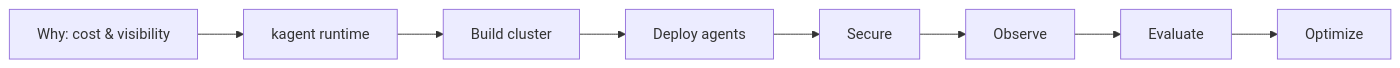
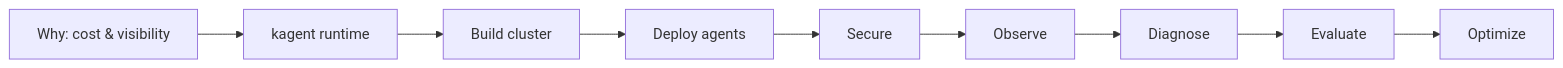
The diagram in docs/index.md (dynatrace-wwse/workshop-dynatrace-ai-agents), drawn with Mermaid before and after one commit. The commit also changed other lines of this file and 6 other files, not shown here.

````diff
--- a/docs/index.md
+++ b/docs/index.md
@@ -21,10 +21,11 @@
 ```mermaid
 flowchart LR
     Why[Why: cost & visibility] --> Kagent[kagent runtime]
     Kagent --> Cluster[Build cluster]
     Cluster --> Deploy[Deploy agents]
     Deploy --> Secure[Secure]
     Secure --> Observe[Observe]
-    Observe --> Evaluate[Evaluate]
+    Observe --> Diagnose[Diagnose]
+    Diagnose --> Evaluate[Evaluate]
     Evaluate --> Optimize[Optimize]
 ```
````
